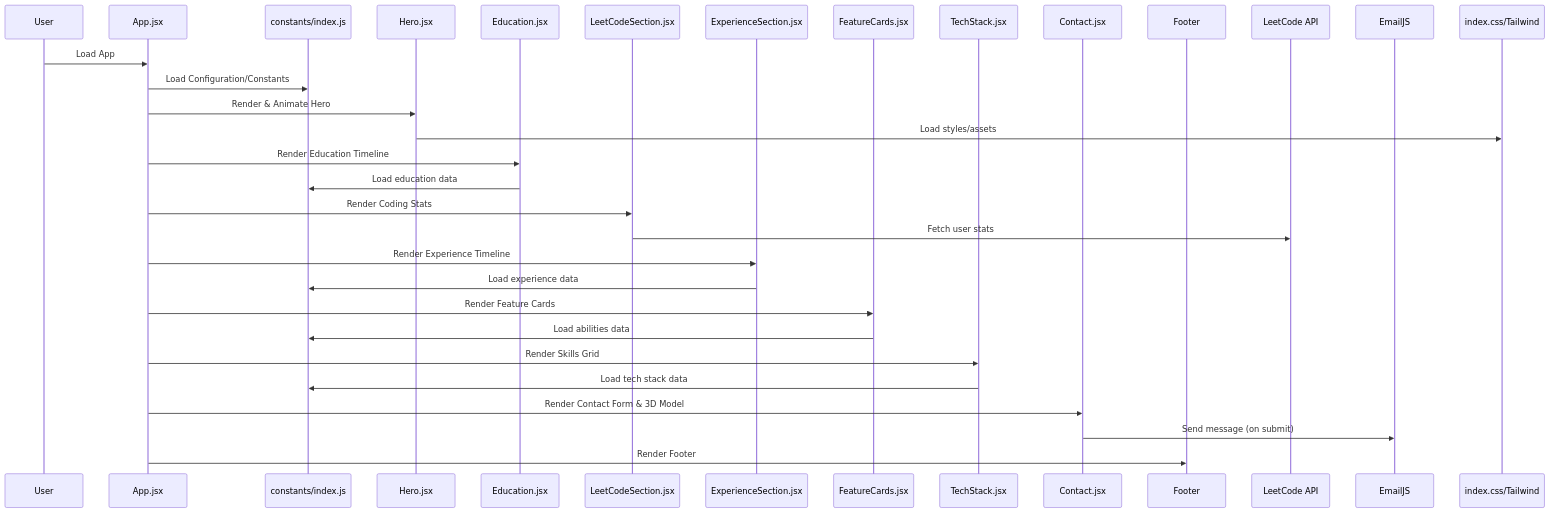
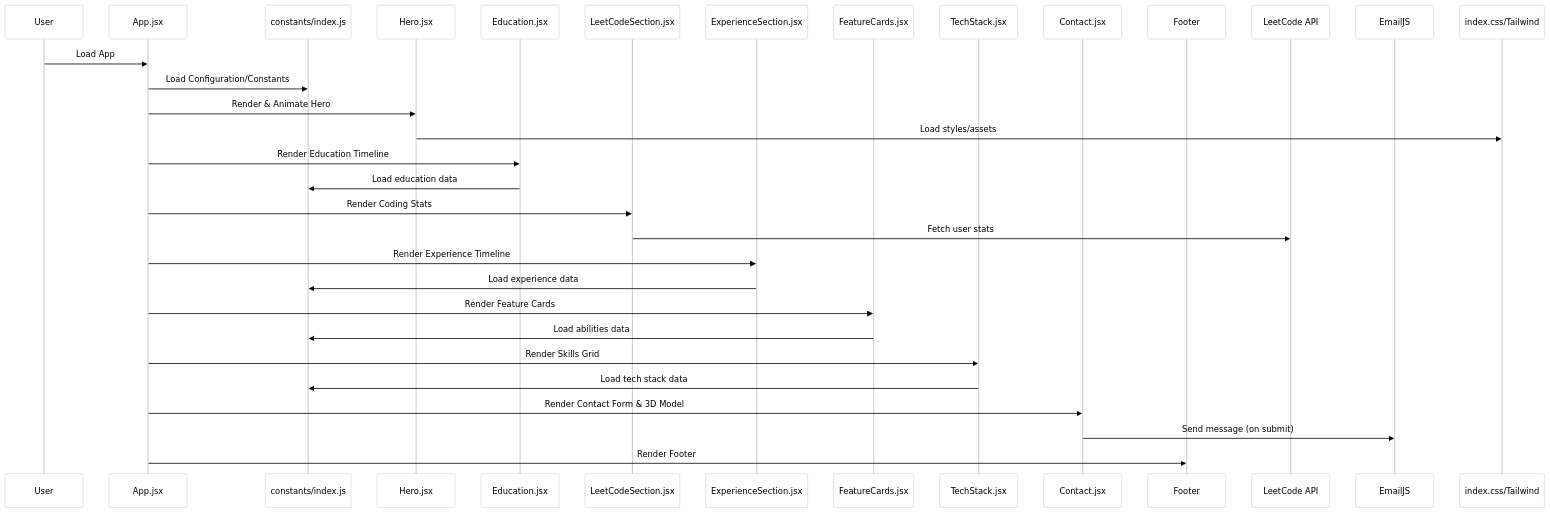
One commit to DexTerMtor-Rahul/MyPortfolio changed the first of 2 diagrams in README.md. Above: the diagram before and after it, drawn with Mermaid. The commit also changed other lines of this file, not shown here.

````diff
--- a/README.md
+++ b/README.md
@@ -21,35 +21,36 @@
 ```mermaid
+%%{init: {'theme':'base', 'themeVariables': {'primaryColor': '#ffffff', 'primaryTextColor': '#000000', 'primaryBorderColor': '#cccccc', 'lineColor': '#666666', 'secondaryColor': '#f8f9fa', 'tertiaryColor': '#ffffff'}}}%%
 sequenceDiagram
     participant User
     participant App as App.jsx
     participant Config as constants/index.js
     participant Hero as Hero.jsx
     participant Education as Education.jsx
     participant LeetCode as LeetCodeSection.jsx
     participant Experience as ExperienceSection.jsx
     participant Features as FeatureCards.jsx
     participant TechStack as TechStack.jsx
     participant Contact as Contact.jsx
     participant Footer
     participant LeetCodeAPI as LeetCode API
     participant EmailJS as EmailJS
     participant Styled as index.css/Tailwind
 
     User->>App: Load App
     App->>Config: Load Configuration/Constants
     App->>Hero: Render & Animate Hero
     Hero->>Styled: Load styles/assets
     App->>Education: Render Education Timeline
     Education->>Config: Load education data
     App->>LeetCode: Render Coding Stats
     LeetCode->>LeetCodeAPI: Fetch user stats
     App->>Experience: Render Experience Timeline
     Experience->>Config: Load experience data
     App->>Features: Render Feature Cards
     Features->>Config: Load abilities data
     App->>TechStack: Render Skills Grid
     TechStack->>Config: Load tech stack data
     App->>Contact: Render Contact Form & 3D Model
     Contact->>EmailJS: Send message (on submit)
     App->>Footer: Render Footer
 ```
````
